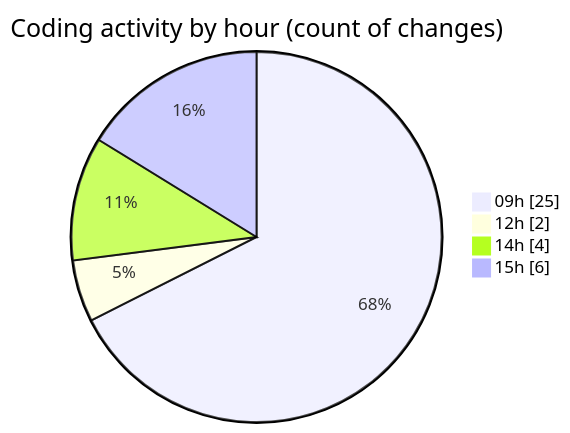
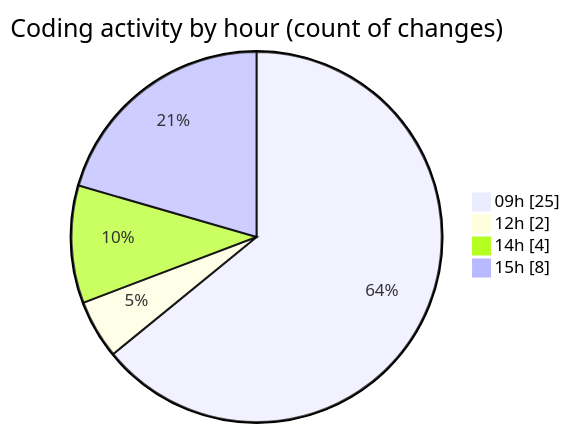
One commit to julien-gomy/code-tracking changed the second of 2 diagrams in 2025-11-12/eventscop-frontend-guide__workspace_/README.md. Above: the diagram before and after it, drawn with Mermaid. The commit also changed other lines of this file and 1 other file, not shown here.

````diff
--- a/2025-11-12/eventscop-frontend-guide__workspace_/README.md
+++ b/2025-11-12/eventscop-frontend-guide__workspace_/README.md
@@ -35,8 +35,8 @@
 ```mermaid
 pie showData
 title Coding activity by hour (count of changes)
 "09h" : 25
 "12h" : 2
 "14h" : 4
-"15h" : 6
+"15h" : 8
 ```
````
